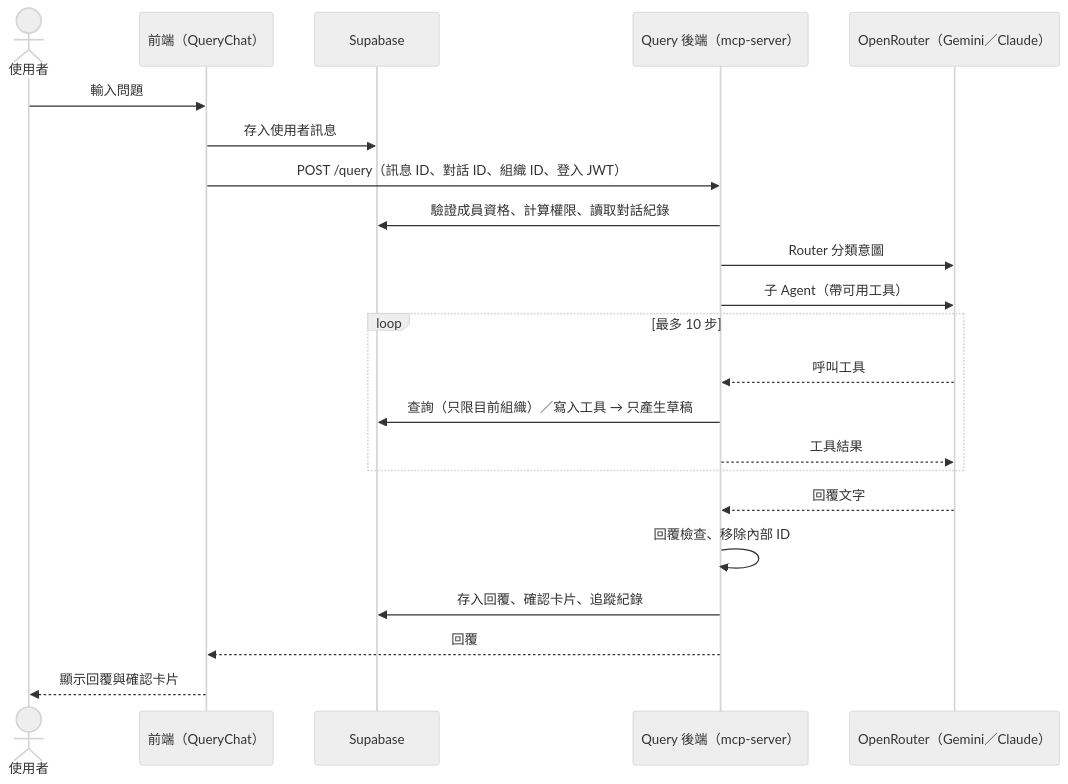
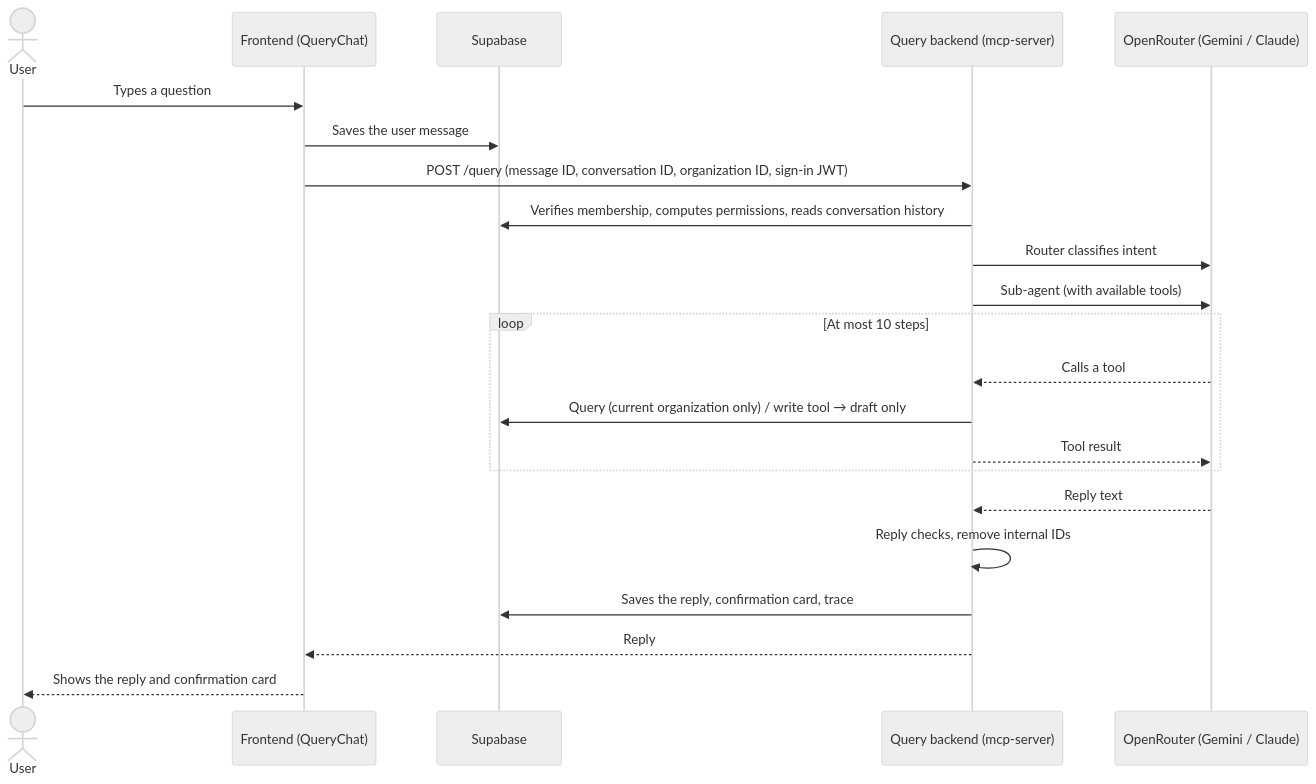
One commit to quinticechen/qerp-system changed the first of 2 diagrams in docs/requirements/QUERY_AGENT_TPM_ALIGNMENT.md. Above: the diagram before and after it, drawn with Mermaid (neutral theme). The commit also changed other lines of this file and 22 other files, not shown here.

````diff
--- a/docs/requirements/QUERY_AGENT_TPM_ALIGNMENT.md
+++ b/docs/requirements/QUERY_AGENT_TPM_ALIGNMENT.md
@@ -43,25 +43,25 @@
 ```mermaid
 sequenceDiagram
-    actor U as 使用者
-    participant FE as 前端（QueryChat）
+    actor U as User
+    participant FE as Frontend (QueryChat)
     participant DB as Supabase
-    participant BE as Query 後端（mcp-server）
-    participant LLM as OpenRouter（Gemini／Claude）
+    participant BE as Query backend (mcp-server)
+    participant LLM as OpenRouter (Gemini / Claude)
 
-    U->>FE: 輸入問題
-    FE->>DB: 存入使用者訊息
-    FE->>BE: POST /query（訊息 ID、對話 ID、組織 ID、登入 JWT）
-    BE->>DB: 驗證成員資格、計算權限、讀取對話紀錄
-    BE->>LLM: Router 分類意圖
-    BE->>LLM: 子 Agent（帶可用工具）
-    loop 最多 10 步
-        LLM-->>BE: 呼叫工具
-        BE->>DB: 查詢（只限目前組織）／寫入工具 → 只產生草稿
-        BE-->>LLM: 工具結果
+    U->>FE: Types a question
+    FE->>DB: Saves the user message
+    FE->>BE: POST /query (message ID, conversation ID, organization ID, sign-in JWT)
+    BE->>DB: Verifies membership, computes permissions, reads conversation history
+    BE->>LLM: Router classifies intent
+    BE->>LLM: Sub-agent (with available tools)
+    loop At most 10 steps
+        LLM-->>BE: Calls a tool
+        BE->>DB: Query (current organization only) / write tool → draft only
+        BE-->>LLM: Tool result
     end
-    LLM-->>BE: 回覆文字
-    BE->>BE: 回覆檢查、移除內部 ID
-    BE->>DB: 存入回覆、確認卡片、追蹤紀錄
-    BE-->>FE: 回覆
-    FE-->>U: 顯示回覆與確認卡片
+    LLM-->>BE: Reply text
+    BE->>BE: Reply checks, remove internal IDs
+    BE->>DB: Saves the reply, confirmation card, trace
+    BE-->>FE: Reply
+    FE-->>U: Shows the reply and confirmation card
 ```
````
